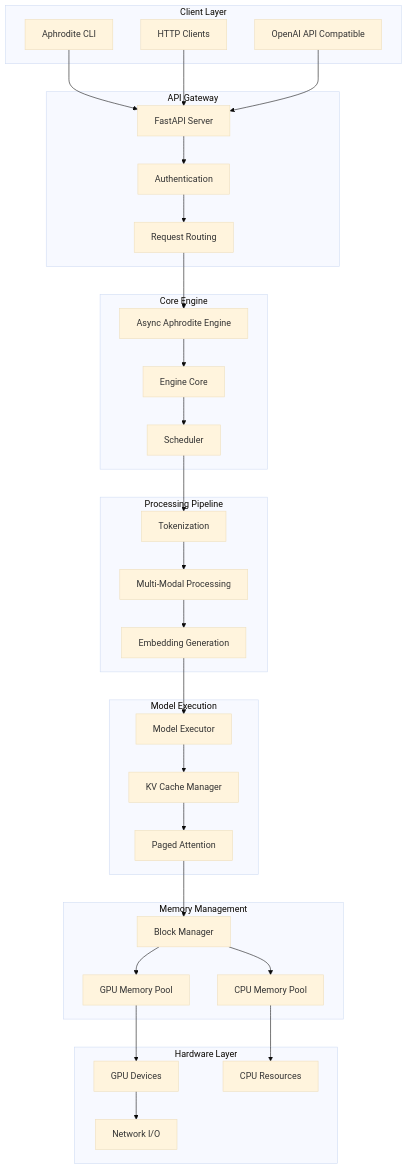
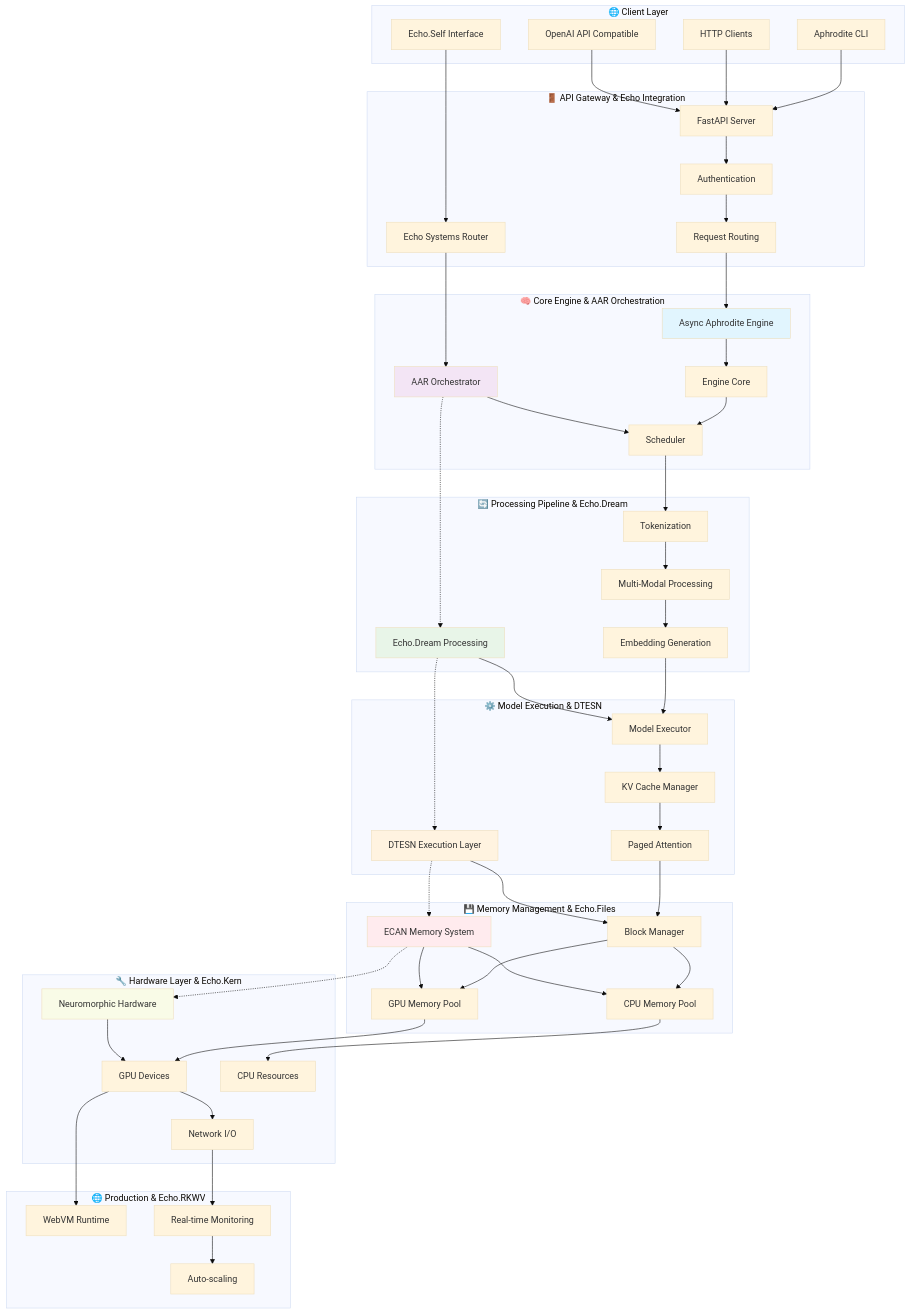
One commit to EchoCog/aphroditecho changed the sixth of 15 diagrams in README.md. Above: the diagram before and after it, drawn with Mermaid (base theme). The commit also changed other lines of this file and 2 other files, not shown here.

Commit message:
Comprehensive README & technical architecture documentation enhancement with detailed Mermaid diagrams

````diff
--- a/README.md
+++ b/README.md
@@ -103,71 +367,117 @@
 ```mermaid
 graph TB
-    subgraph "Client Layer"
+    subgraph "🌐 Client Layer"
         CLI[Aphrodite CLI]
         HTTP[HTTP Clients]
         API[OpenAI API Compatible]
+        ECHO_CLI[Echo.Self Interface]
     end
     
-    subgraph "API Gateway"
+    subgraph "🚪 API Gateway & Echo Integration"
         Server[FastAPI Server]
         Auth[Authentication]
         Route[Request Routing]
+        EchoRouter[Echo Systems Router]
     end
     
-    subgraph "Core Engine"
+    subgraph "🧠 Core Engine & AAR Orchestration"
         AsyncEng[Async Aphrodite Engine]
         EngCore[Engine Core]
         Sched[Scheduler]
+        AAROr[AAR Orchestrator]
     end
     
-    subgraph "Processing Pipeline"
+    subgraph "🔄 Processing Pipeline & Echo.Dream"
         Tokenizer[Tokenization]
         MM[Multi-Modal Processing]
         Embed[Embedding Generation]
+        DreamProc[Echo.Dream Processing]
     end
     
-    subgraph "Model Execution"
+    subgraph "⚙️ Model Execution & DTESN"
         ModelExec[Model Executor]
         KVCache[KV Cache Manager]
         Attn[Paged Attention]
+        DTESNExec[DTESN Execution Layer]
     end
     
-    subgraph "Memory Management"
+    subgraph "💾 Memory Management & Echo.Files"
         BlockMgr[Block Manager]
         GPUMem[GPU Memory Pool]
         CPUMem[CPU Memory Pool]
+        ECANMem[ECAN Memory System]
     end
     
-    subgraph "Hardware Layer"
+    subgraph "🔧 Hardware Layer & Echo.Kern"
         GPU[GPU Devices]
         CPU[CPU Resources]
         Network[Network I/O]
+        NeuroHW[Neuromorphic Hardware]
     end
     
+    subgraph "🌐 Production & Echo.RKWV"
+        WebVM[WebVM Runtime]
+        Monitoring[Real-time Monitoring]
+        Scaling[Auto-scaling]
+    end
+    
+    %% Client connections
     CLI --> Server
     HTTP --> Server
     API --> Server
+    ECHO_CLI --> EchoRouter
     
+    %% Gateway processing
     Server --> Auth
     Auth --> Route
     Route --> AsyncEng
+    EchoRouter --> AAROr
     
+    %% Core engine flow
     AsyncEng --> EngCore
     EngCore --> Sched
+    AAROr --> Sched
     
+    %% Processing pipeline
     Sched --> Tokenizer
     Tokenizer --> MM
     MM --> Embed
     Embed --> ModelExec
+    DreamProc --> ModelExec
     
+    %% Execution layer
     ModelExec --> KVCache
     KVCache --> Attn
     Attn --> BlockMgr
+    DTESNExec --> BlockMgr
     
+    %% Memory management
     BlockMgr --> GPUMem
     BlockMgr --> CPUMem
+    ECANMem --> GPUMem
+    ECANMem --> CPUMem
     
+    %% Hardware integration
     GPUMem --> GPU
     CPUMem --> CPU
     GPU --> Network
+    NeuroHW --> GPU
+    
+    %% Production monitoring
+    GPU --> WebVM
+    Network --> Monitoring
+    Monitoring --> Scaling
+    
+    %% Echo system interconnections
+    AAROr -.-> DreamProc
+    DreamProc -.-> DTESNExec
+    DTESNExec -.-> ECANMem
+    ECANMem -.-> NeuroHW
+    
+    style AsyncEng fill:#e1f5fe
+    style AAROr fill:#f3e5f5
+    style DreamProc fill:#e8f5e8
+    style DTESNExec fill:#fff3e0
+    style ECANMem fill:#ffebee
+    style NeuroHW fill:#f9fbe7
 ```
````
